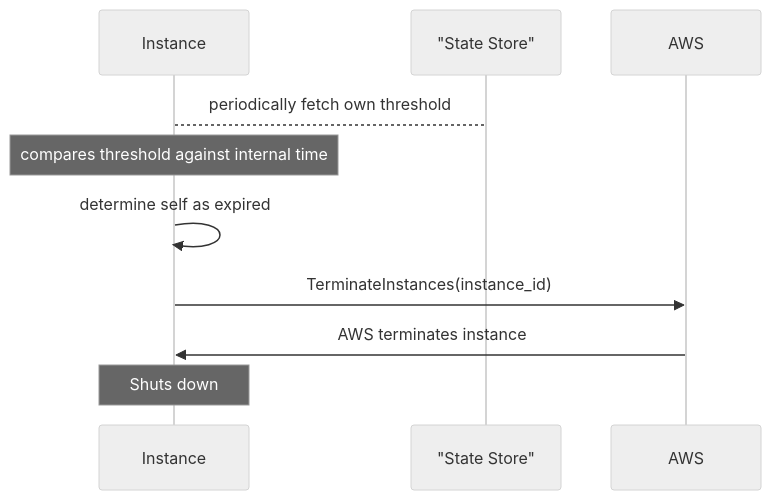
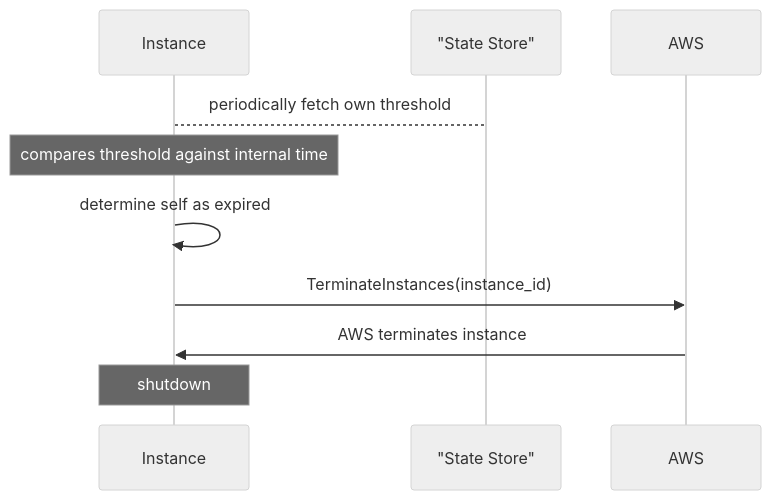
The fifth of 5 diagrams in docs/architecture/overview.md (fleet-actions/ec2-runner-pool-manager), drawn with Mermaid (neutral theme) before and after one commit. The commit also changed other lines of this file, not shown here.

Commit message:
docs: refine instance claiming sequence diagram

````diff
--- a/docs/architecture/overview.md
+++ b/docs/architecture/overview.md
@@ -326,14 +324,14 @@
 ```mermaid
 sequenceDiagram
     participant Instance
     participant DynamoDB as "State Store"
     participant AWS
     
 
     Instance-->DynamoDB: periodically fetch own threshold
     Note over Instance: compares threshold against internal time
     Instance->>Instance: determine self as expired
     Instance->>AWS: TerminateInstances(instance_id)
     AWS->>Instance: AWS terminates instance
-    Note over Instance: Shuts down
+    Note over Instance: shutdown
 ```
````
